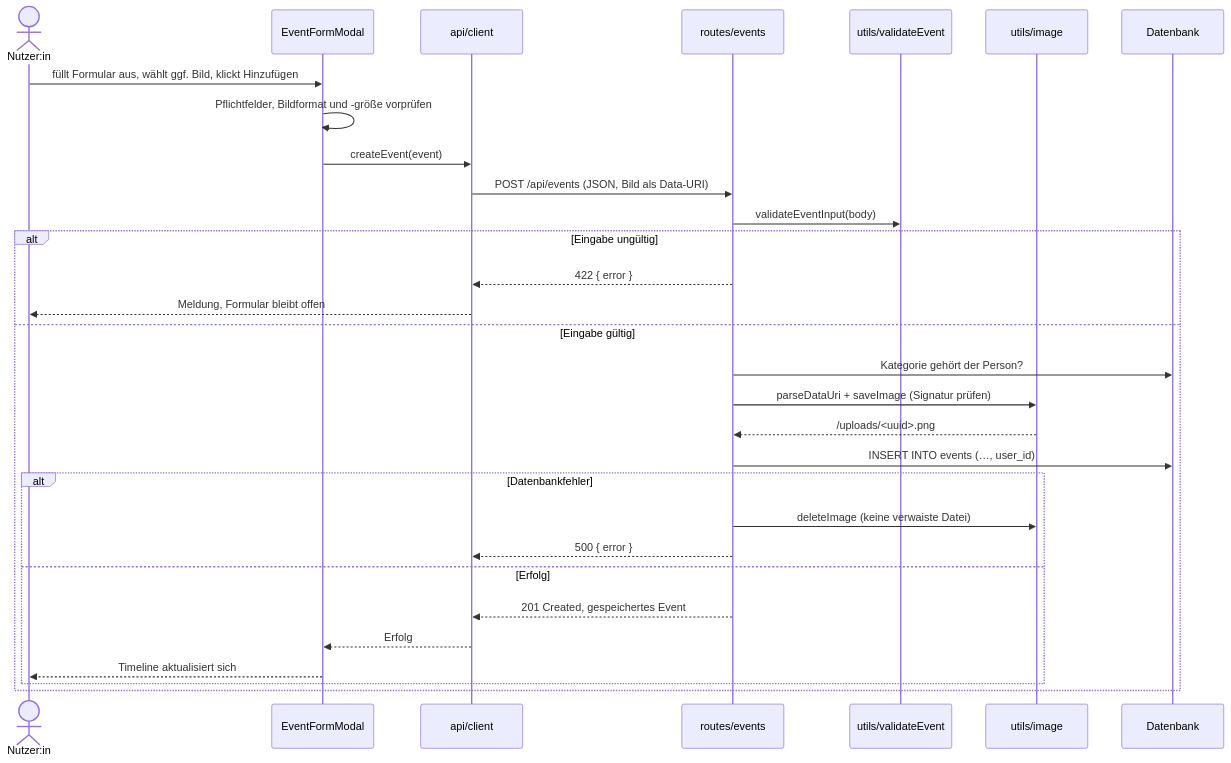
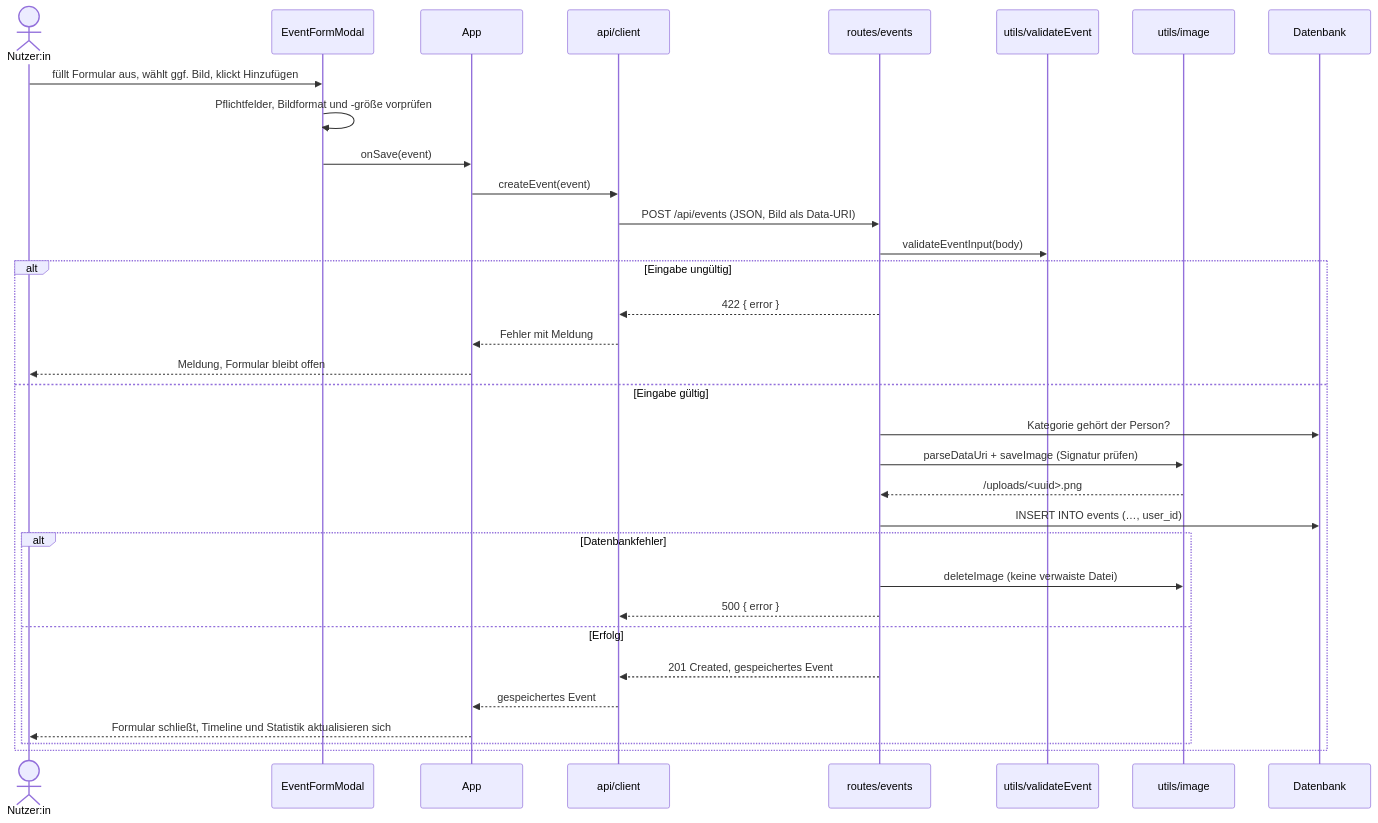
The first of 6 diagrams in docs/arch/A06-Laufzeitansicht.md (ksukh-ux/lifeline-project), drawn with Mermaid before and after one commit. The commit also changed other lines of this file and 5 other files, not shown here.

First line of the commit message:
docs: align sequence diagrams and use cases with the code

````diff
--- a/docs/arch/A06-Laufzeitansicht.md
+++ b/docs/arch/A06-Laufzeitansicht.md
@@ -20,33 +20,36 @@
 ```mermaid
 sequenceDiagram
     actor N as Nutzer:in
     participant EF as EventFormModal
+    participant App as App
     participant AC as api/client
     participant R as routes/events
     participant V as utils/validateEvent
     participant I as utils/image
     participant DB as Datenbank
 
     N->>EF: füllt Formular aus, wählt ggf. Bild, klickt Hinzufügen
     EF->>EF: Pflichtfelder, Bildformat und -größe vorprüfen
-    EF->>AC: createEvent(event)
+    EF->>App: onSave(event)
+    App->>AC: createEvent(event)
     AC->>R: POST /api/events (JSON, Bild als Data-URI)
     R->>V: validateEventInput(body)
     alt Eingabe ungültig
         R-->>AC: 422 { error }
-        AC-->>N: Meldung, Formular bleibt offen
+        AC-->>App: Fehler mit Meldung
+        App-->>N: Meldung, Formular bleibt offen
     else Eingabe gültig
         R->>DB: Kategorie gehört der Person?
         R->>I: parseDataUri + saveImage (Signatur prüfen)
         I-->>R: /uploads/<uuid>.png
         R->>DB: INSERT INTO events (…, user_id)
         alt Datenbankfehler
             R->>I: deleteImage (keine verwaiste Datei)
             R-->>AC: 500 { error }
         else Erfolg
             R-->>AC: 201 Created, gespeichertes Event
-            AC-->>EF: Erfolg
-            EF-->>N: Timeline aktualisiert sich
+            AC-->>App: gespeichertes Event
+            App-->>N: Formular schließt, Timeline und Statistik aktualisieren sich
         end
     end
 ```
````
